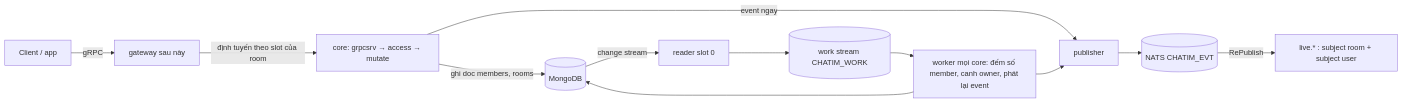
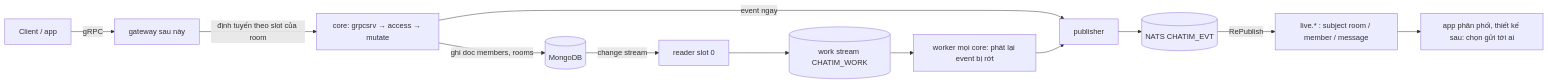
Before and after one commit to ivannguyendev/chatim: the first of 4 diagrams in docs/plans/2026-10-06-m2b4-members-read-summary.md, drawn with Mermaid. The commit also changed other lines of this file and 5 other files, not shown here.

````diff
--- a/docs/plans/2026-10-06-m2b4-members-read-summary.md
+++ b/docs/plans/2026-10-06-m2b4-members-read-summary.md
@@ -25,14 +28,14 @@
 ```mermaid
 flowchart LR
   C[Client / app] -->|gRPC| G[gateway sau này]
   G -->|định tuyến theo slot của room| CORE[core: grpcsrv → access → mutate]
   CORE -->|ghi doc members, rooms| M[(MongoDB)]
   CORE -->|event ngay| P[publisher]
   P --> E[(NATS CHATIM_EVT)]
-  E -->|RePublish| L[live.* : subject room + subject user]
+  E -->|RePublish| L[live.* : subject room / member / message]
+  L --> APP[app phân phối, thiết kế sau: chọn gửi tới ai]
   M -->|change stream| R[reader slot 0]
   R --> W[(work stream CHATIM_WORK)]
-  W --> WK[worker mọi core: đếm số member, canh owner, phát lại event]
-  WK --> M
+  W --> WK[worker mọi core: phát lại event bị rớt]
   WK --> P
 ```
````
